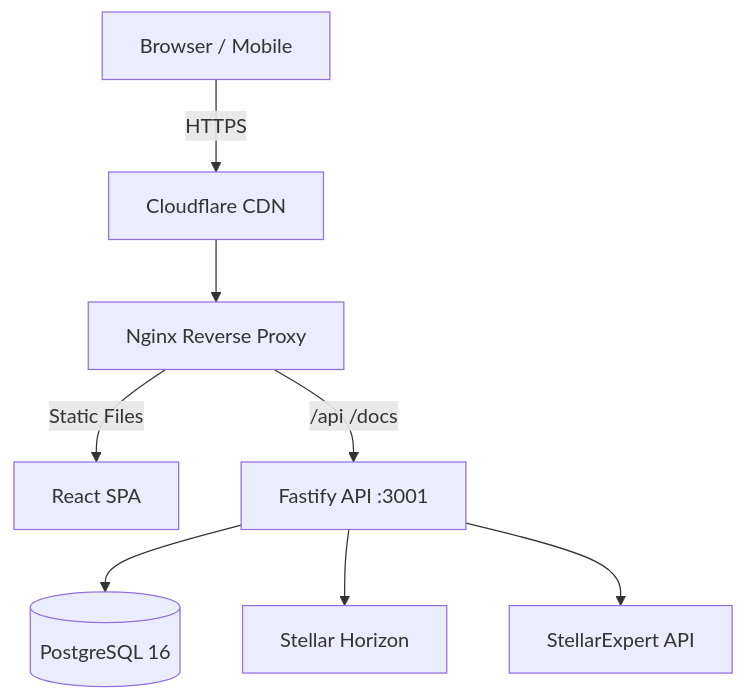
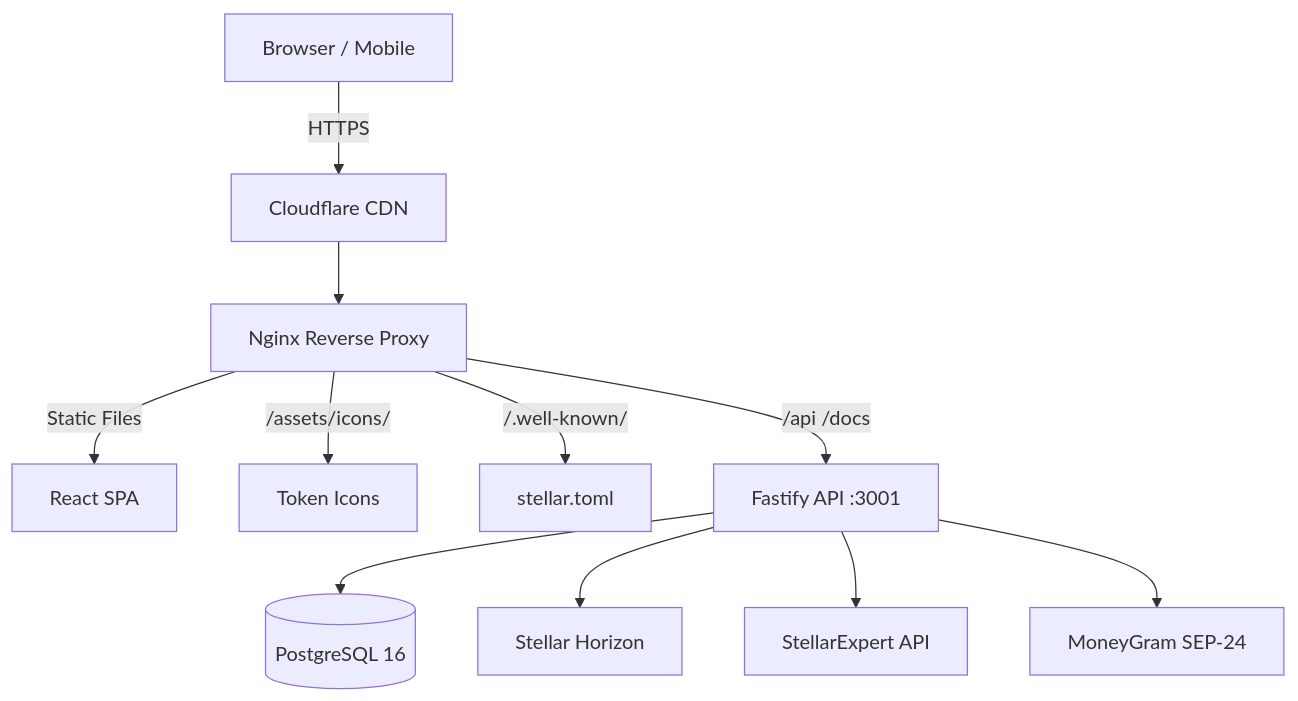
The diagram in README.md (SM-Web-Systems/stellar-wallet), drawn with Mermaid before and after one commit. The commit also changed other lines of this file and 3 other files, not shown here.

````diff
--- a/README.md
+++ b/README.md
@@ -16,10 +16,13 @@
 ```mermaid
 graph TD
     A[Browser / Mobile] -->|HTTPS| B[Cloudflare CDN]
     B --> C[Nginx Reverse Proxy]
     C -->|Static Files| D[React SPA]
-    C -->|/api /docs| E[Fastify API :3001]
-    E --> F[(PostgreSQL 16)]
-    E --> G[Stellar Horizon]
-    E --> H[StellarExpert API]
+    C -->|/assets/icons/| E[Token Icons]
+    C -->|/.well-known/| F[stellar.toml]
+    C -->|/api /docs| G[Fastify API :3001]
+    G --> H[(PostgreSQL 16)]
+    G --> I[Stellar Horizon]
+    G --> J[StellarExpert API]
+    G --> K[MoneyGram SEP-24]
 ```
````
